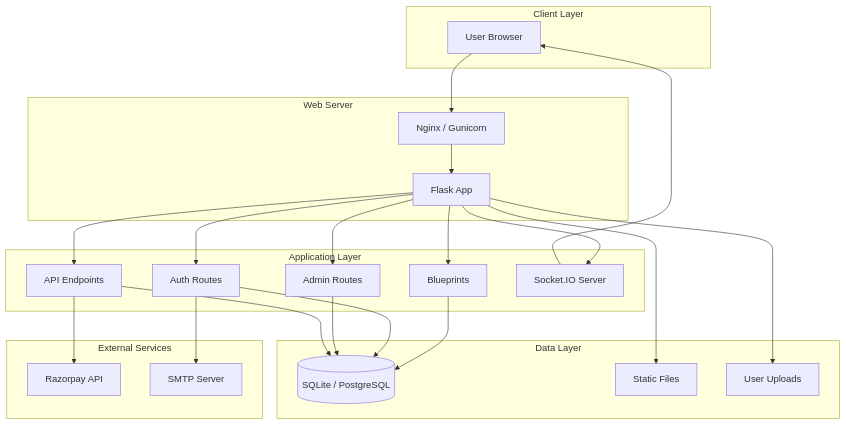
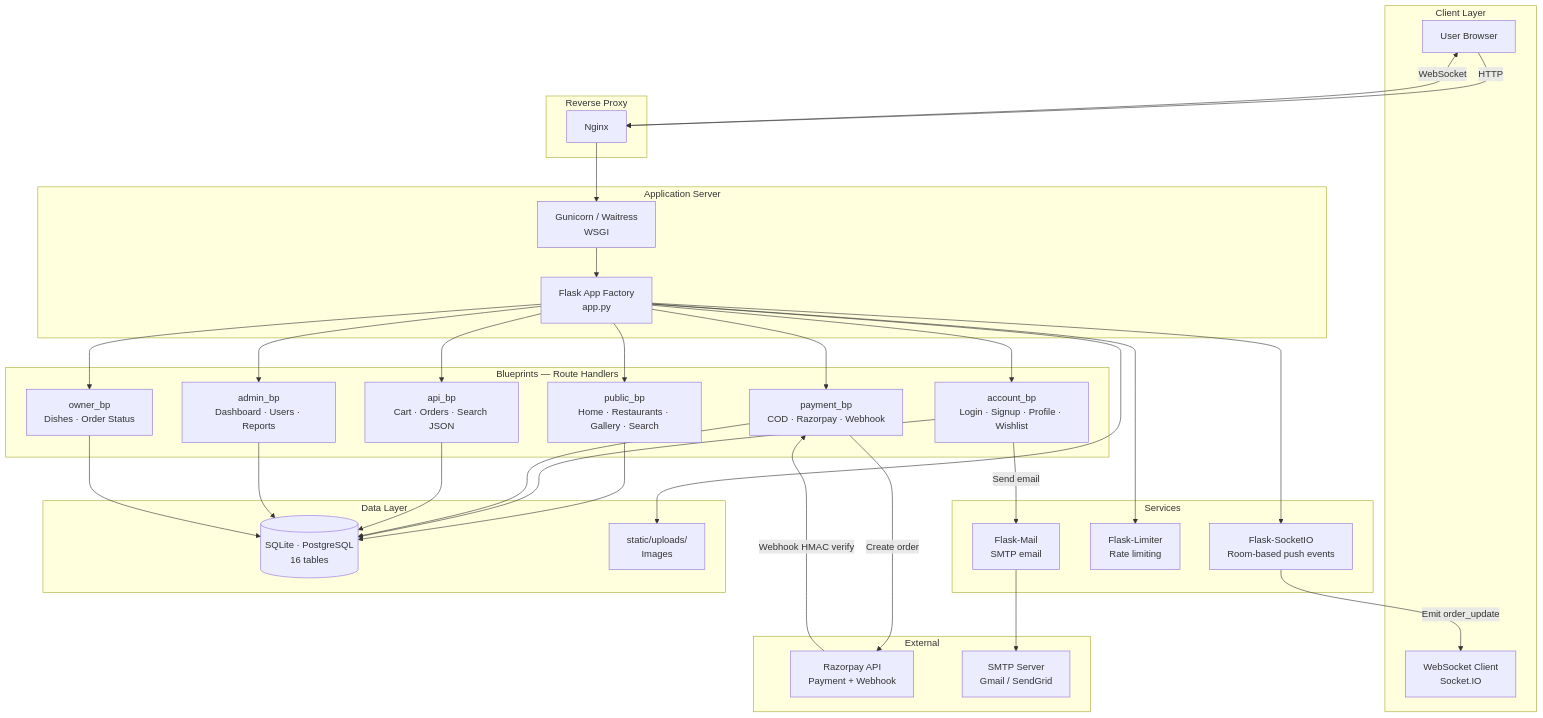
One commit to manav-2812/Grabbite changed the first of 3 diagrams in README.md. Above: the diagram before and after it, drawn with Mermaid. The commit also changed other lines of this file, not shown here.

````diff
--- a/README.md
+++ b/README.md
@@ -135,39 +283,56 @@
 ```mermaid
 graph TB
     subgraph "Client Layer"
         A[User Browser]
+        WS[WebSocket Client<br/>Socket.IO]
     end
 
-    subgraph "Web Server"
-        B[Nginx / Gunicorn]
-        C[Flask App]
+    subgraph "Reverse Proxy"
+        B[Nginx]
     end
 
-    subgraph "Application Layer"
-        D[Blueprints]
-        E[Auth Routes]
-        F[Admin Routes]
-        G[API Endpoints]
-        H[Socket.IO Server]
+    subgraph "Application Server"
+        C[Gunicorn / Waitress<br/>WSGI]
+        D[Flask App Factory<br/>app.py]
+    end
+
+    subgraph "Blueprints — Route Handlers"
+        E[public_bp<br/>Home · Restaurants · Gallery · Search]
+        F[account_bp<br/>Login · Signup · Profile · Wishlist]
+        G[payment_bp<br/>COD · Razorpay · Webhook]
+        H[api_bp<br/>Cart · Orders · Search JSON]
+        I[admin_bp<br/>Dashboard · Users · Reports]
+        J[owner_bp<br/>Dishes · Order Status]
+    end
+
+    subgraph "Services"
+        K[Flask-SocketIO<br/>Room-based push events]
+        L[Flask-Limiter<br/>Rate limiting]
+        M[Flask-Mail<br/>SMTP email]
     end
 
     subgraph "Data Layer"
-        I[(SQLite / PostgreSQL)]
-        J[Static Files]
-        K[User Uploads]
+        N[(SQLite · PostgreSQL<br/>16 tables)]
+        O[static/uploads/<br/>Images]
     end
 
-    subgraph "External Services"
-        L[Razorpay API]
-        M[SMTP Server]
+    subgraph "External"
+        P[Razorpay API<br/>Payment + Webhook]
+        Q[SMTP Server<br/>Gmail / SendGrid]
     end
 
-    A --> B
+    A -->|HTTP| B
+    A <-->|WebSocket| B
     B --> C
-    C --> D & E & F & G & H
-    D & E & F & G --> I
-    H --> A
-    G --> L
-    E --> M
-    C --> J & K
+    C --> D
+    D --> E & F & G & H & I & J
+    E & F & G & H & I & J --> N
+    G -->|Create order| P
+    P -->|Webhook HMAC verify| G
+    D --> K
+    K -->|Emit order_update| WS
+    D --> L
+    F -->|Send email| M
+    M --> Q
+    D --> O
 ```
````
